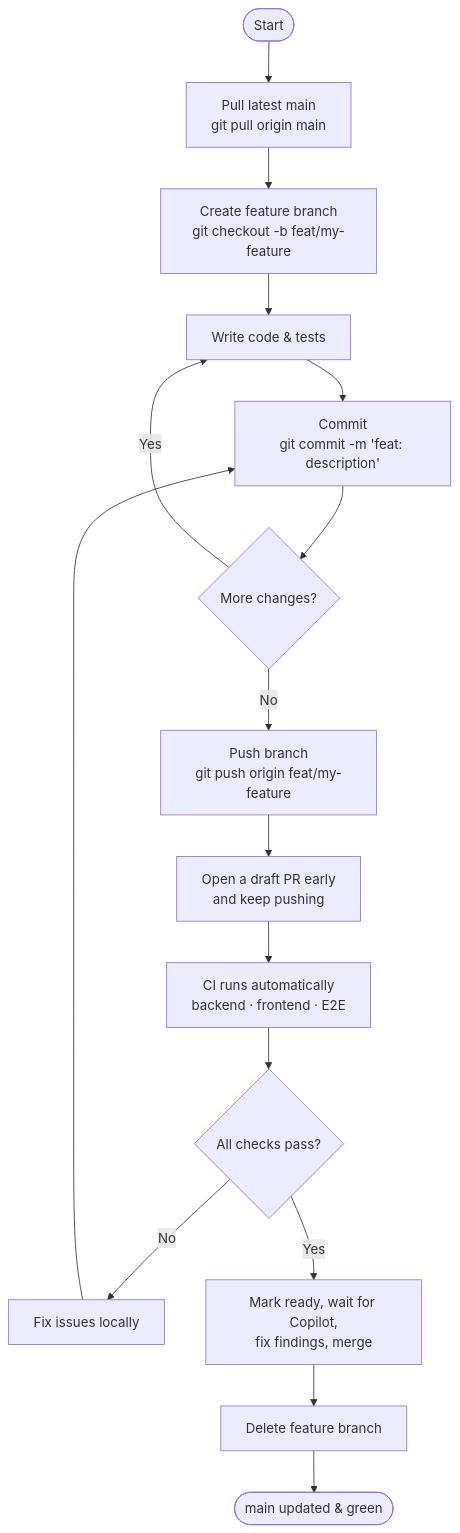
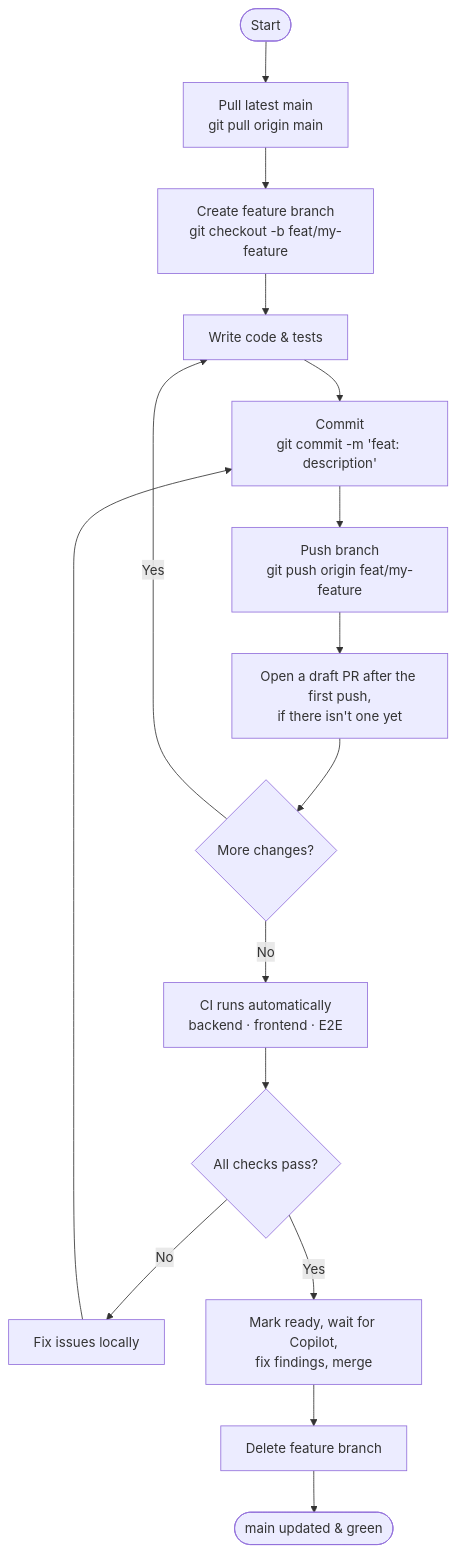
The first of 2 diagrams in CONTRIBUTING.md (oggthemiffed/RCTimingControl), drawn with Mermaid before and after one commit. The commit also changed 4 other files, not shown here.

First line of the commit message:
Docs: duplicate transponders are warned about, not refused; draft PR after the first push (#25)

````diff
--- a/CONTRIBUTING.md
+++ b/CONTRIBUTING.md
@@ -31,18 +31,18 @@
 ```mermaid
 flowchart TD
     A([Start]) --> B[Pull latest main\ngit pull origin main]
     B --> C[Create feature branch\ngit checkout -b feat/my-feature]
     C --> D[Write code & tests]
     D --> E[Commit\ngit commit -m 'feat: description']
-    E --> F{More changes?}
+    E --> G[Push branch\ngit push origin feat/my-feature]
+    G --> H[Open a draft PR after the first push,\nif there isn't one yet]
+    H --> F{More changes?}
     F -- Yes --> D
-    F -- No --> G[Push branch\ngit push origin feat/my-feature]
-    G --> H[Open a draft PR early\nand keep pushing]
-    H --> I[CI runs automatically\nbackend · frontend · E2E]
+    F -- No --> I[CI runs automatically\nbackend · frontend · E2E]
     I --> J{All checks pass?}
     J -- No --> K[Fix issues locally]
     K --> E
     J -- Yes --> L[Mark ready, wait for Copilot,\nfix findings, merge]
     L --> M[Delete feature branch]
     M --> N([main updated & green])
 ```
````
